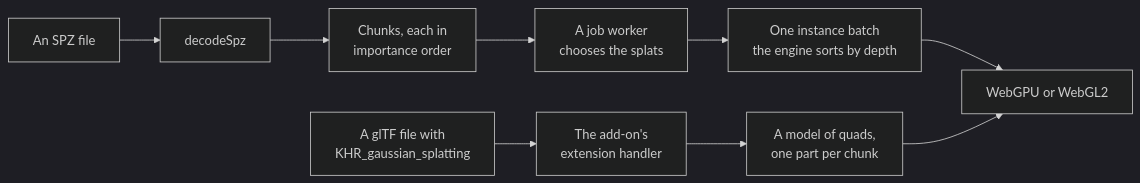
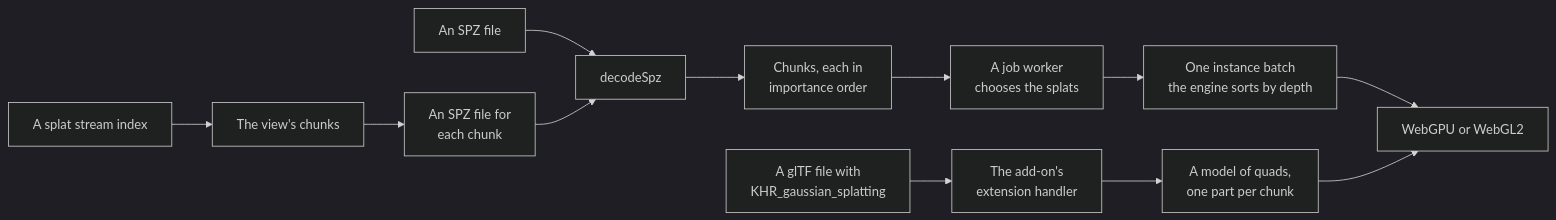
One commit to null3d-engine/null3d changed the diagram in docs/api/splats.md. Above: the diagram before and after it, drawn with Mermaid (dark theme). The commit also changed other lines of this file and 14 other files, not shown here.

````diff
--- a/docs/api/splats.md
+++ b/docs/api/splats.md
@@ -13,11 +13,14 @@
 ```mermaid
 flowchart LR
     spz["An SPZ file"] --> read["decodeSpz"]
+    stream["A splat stream index"] --> pick["The view's chunks"]
+    pick --> chunk["An SPZ file for<br/>each chunk"]
+    chunk --> read
     gltf["A glTF file with<br/>KHR_gaussian_splatting"] --> handler["The add-on's<br/>extension handler"]
     read --> cut["Chunks, each in<br/>importance order"]
     handler --> model["A model of quads,<br/>one part per chunk"]
     cut --> task["A job worker<br/>chooses the splats"]
     task --> batch["One instance batch<br/>the engine sorts by depth"]
     batch --> gpu["WebGPU or WebGL2"]
     model --> gpu
 ```
````
